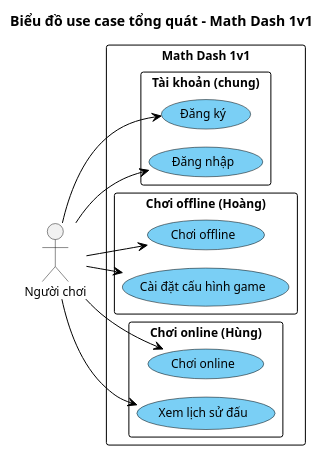
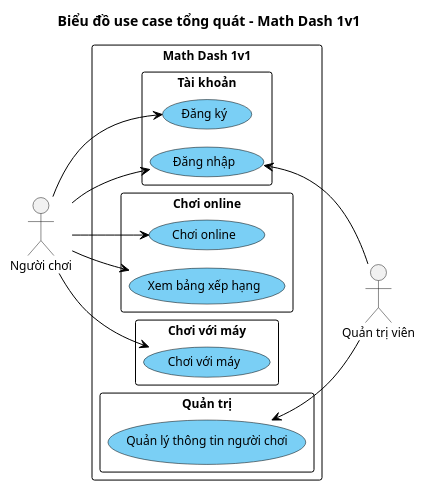
The diagram in docs/chung/uc-tong-quat.puml (HungNguyenBa1811/math-dash), drawn with PlantUML before and after one commit. The commit also changed 10 other files, not shown here.

```diff
--- a/docs/chung/uc-tong-quat.puml
+++ b/docs/chung/uc-tong-quat.puml
@@ -1,50 +1,54 @@
 @startuml uc-tong-quat
 !pragma layout smetana
 ' === VP Base Theme v2 ===
 skinparam linetype ortho
 skinparam defaultFontName "Segoe UI"
 skinparam defaultFontSize 12
 skinparam shadowing false
 skinparam arrowColor #000000
 skinparam lineColor #000000
 hide circle
 
 skinparam usecase {
   BackgroundColor #7ACFF5
   BorderColor Black
   FontColor Black
 }
 
 skinparam rectangle {
   BackgroundColor #FFFFFF
   BorderColor Black
 }
 
 left to right direction
 skinparam packageStyle rectangle
 title Biểu đồ use case tổng quát – Math Dash 1v1
 
 actor "Người chơi" as A1
+actor "Quản trị viên" as A2
 
 rectangle "Math Dash 1v1" {
-  rectangle "Tài khoản (chung)" {
+  rectangle "Tài khoản" {
     usecase "Đăng ký" as UC01
     usecase "Đăng nhập" as UC02
   }
-  rectangle "Chơi offline (Hoàng)" {
-    usecase "Chơi offline" as UC03
-    usecase "Cài đặt cấu hình game" as UC04
+  rectangle "Chơi online" {
+    usecase "Chơi online" as UC03
+    usecase "Xem bảng xếp hạng" as UC04
   }
-  rectangle "Chơi online (Hùng)" {
-    usecase "Chơi online" as UC05
-    usecase "Xem lịch sử đấu" as UC06
+  rectangle "Chơi với máy" {
+    usecase "Chơi với máy" as UC05
+  }
+  rectangle "Quản trị" {
+    usecase "Quản lý thông tin người chơi" as UC06
   }
 }
 
 A1 --> UC01
 A1 --> UC02
 A1 --> UC03
 A1 --> UC04
 A1 --> UC05
-A1 --> UC06
+UC02 <-- A2
+UC06 <-- A2
 @enduml
```
